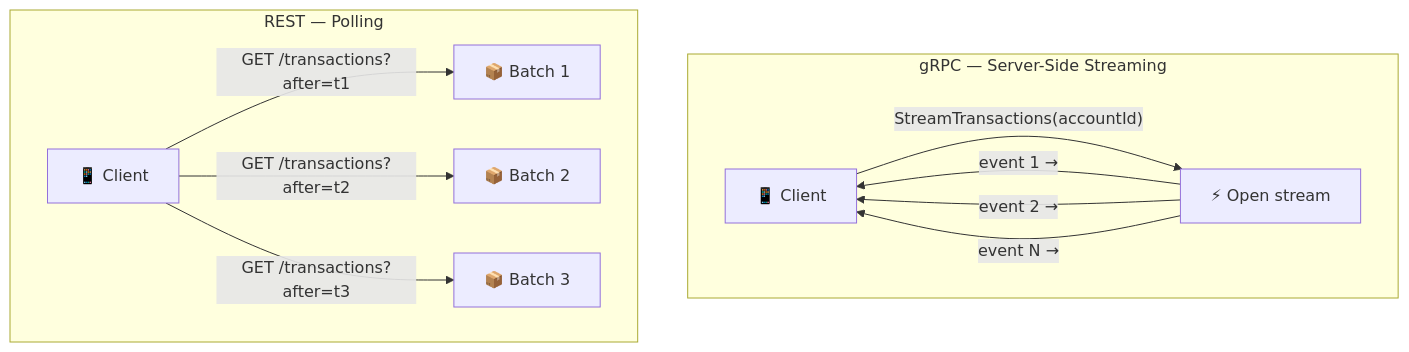
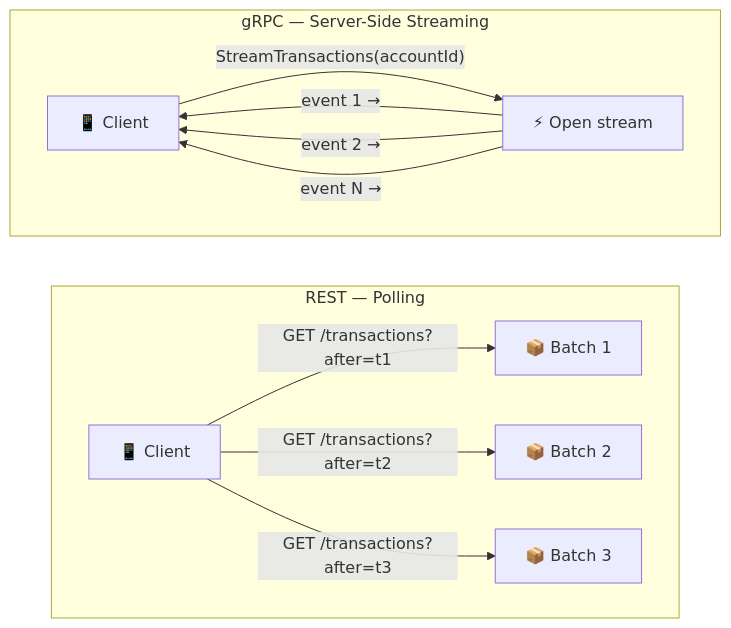
The fifth of 7 diagrams in internal/fundamentals/api-fundamentals/01-rest-vs-rpc.md (romangurevitch/GoTraining), drawn with Mermaid before and after one commit. The commit also changed other lines of this file and 20 other files, not shown here.

````diff
--- a/internal/fundamentals/api-fundamentals/01-rest-vs-rpc.md
+++ b/internal/fundamentals/api-fundamentals/01-rest-vs-rpc.md
@@ -114,20 +118,21 @@
 ```mermaid
-graph TB
+graph TD
     subgraph GRPC_STREAM["gRPC — Server-Side Streaming"]
-        SPACE1["  "]
+        direction LR
         GC["📱 Client"]
         GC -->|"StreamTransactions(accountId)"| GS["⚡ Open stream"]
         GS -->|"event 1 →"| GC
         GS -->|"event 2 →"| GC
         GS -->|"event N →"| GC
     end
 
+    GRPC_STREAM ~~~ REST_STREAM
+
     subgraph REST_STREAM["REST — Polling"]
+        direction LR
         RC["📱 Client"]
         RC -->|"GET /transactions?after=t1"| RS1["📦 Batch 1"]
         RC -->|"GET /transactions?after=t2"| RS2["📦 Batch 2"]
         RC -->|"GET /transactions?after=t3"| RS3["📦 Batch 3"]
     end
-
-    style SPACE1 fill:none,stroke:none
 ```
````
